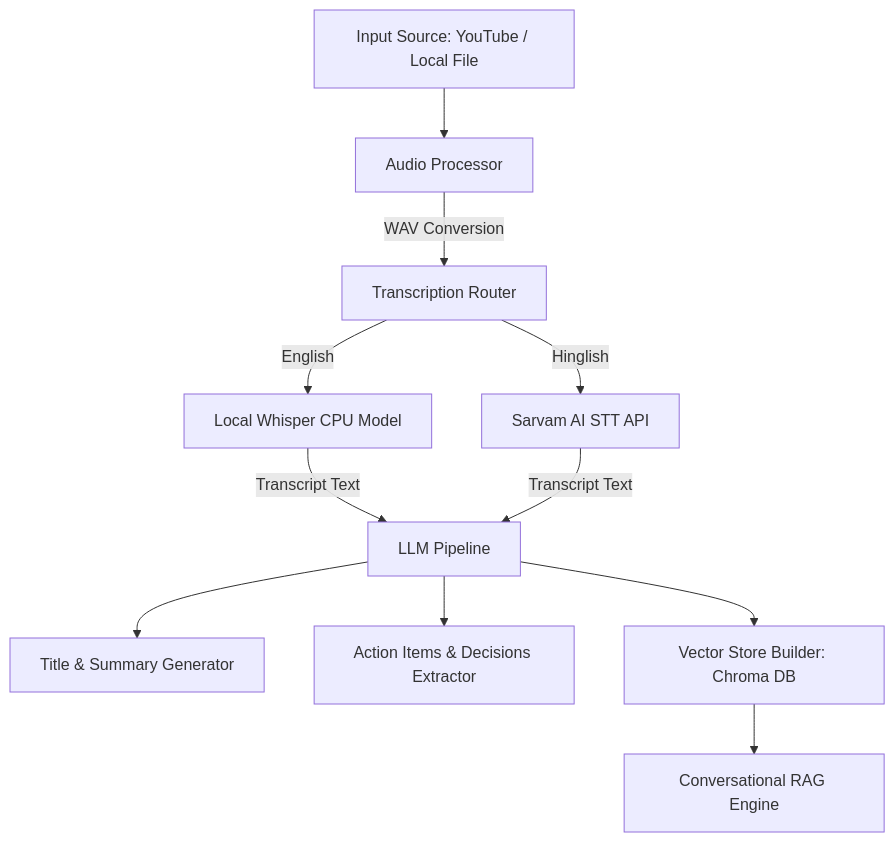
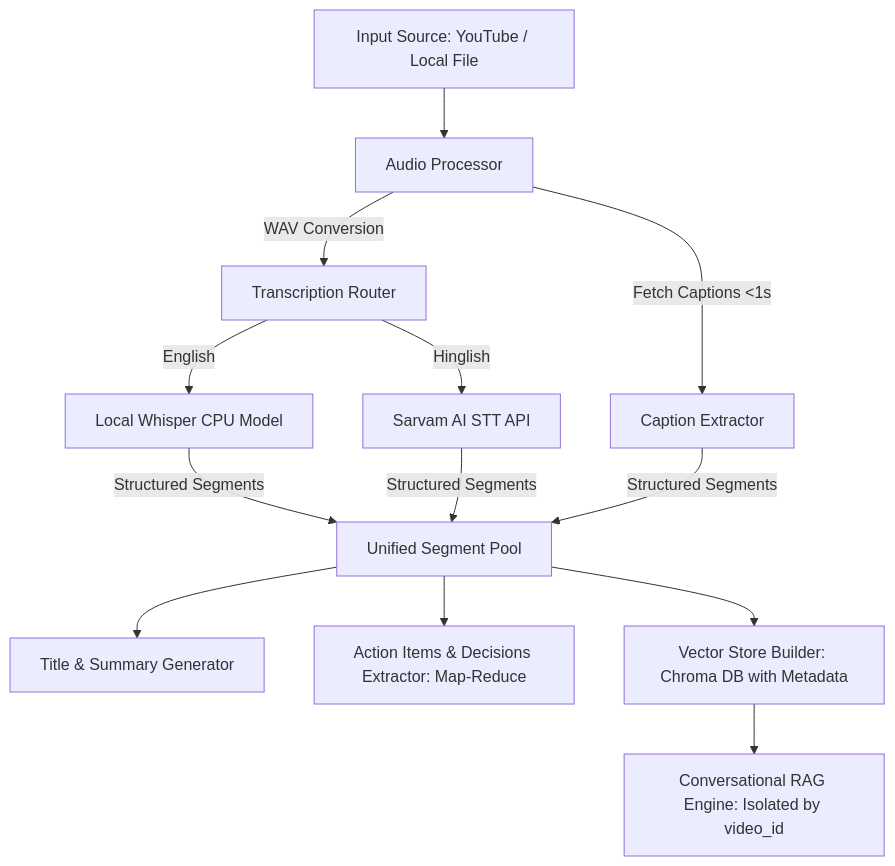
One commit to parvezs2442/AI-Video_Assistant changed the diagram in README.md. Above: the diagram before and after it, drawn with Mermaid. The commit also changed other lines of this file and 8 other files, not shown here.

Commit message:
feat: implement timestamp-aware RAG, direct caption download, strict video isolation, and dynamic FFmpeg resolution

````diff
--- a/README.md
+++ b/README.md
@@ -26,12 +27,14 @@
 ```mermaid
 graph TD
     A[Input Source: YouTube / Local File] --> B[Audio Processor]
+    B -->|Fetch Captions <1s| K[Caption Extractor]
     B -->|WAV Conversion| C[Transcription Router]
     C -->|English| D[Local Whisper CPU Model]
     C -->|Hinglish| E[Sarvam AI STT API]
-    D & E -->|Transcript Text| F[LLM Pipeline]
+    D & E -->|Structured Segments| F[Unified Segment Pool]
+    K -->|Structured Segments| F
     F --> G[Title & Summary Generator]
-    F --> H[Action Items & Decisions Extractor]
-    F --> I[Vector Store Builder: Chroma DB]
-    I --> J[Conversational RAG Engine]
+    F --> H[Action Items & Decisions Extractor: Map-Reduce]
+    F --> I[Vector Store Builder: Chroma DB with Metadata]
+    I --> J[Conversational RAG Engine: Isolated by video_id]
 ```
````
